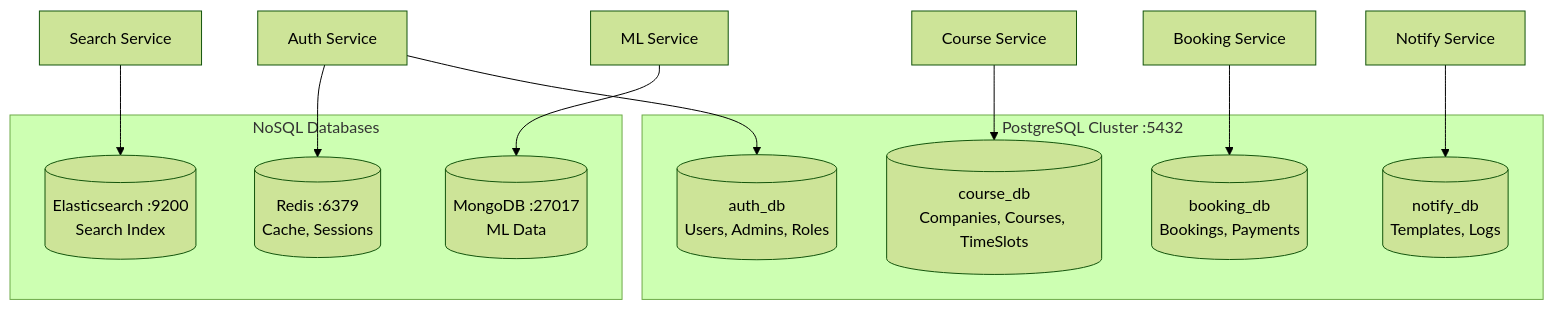
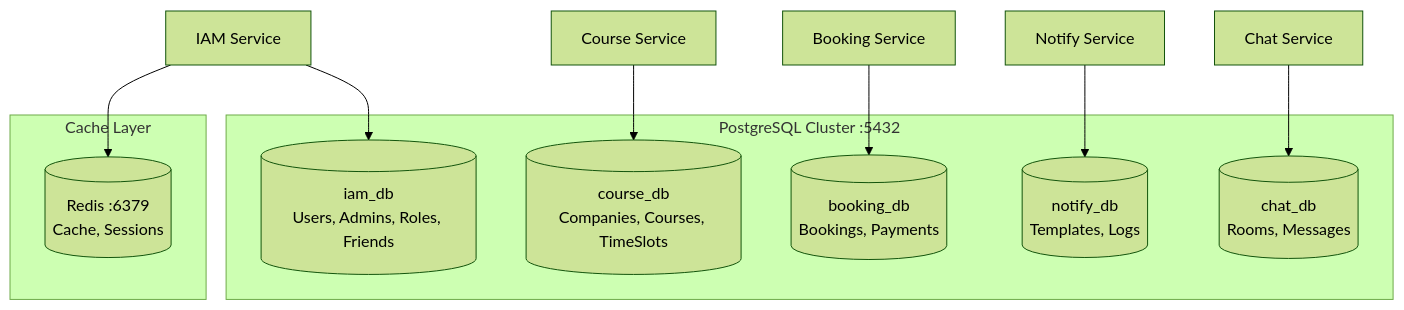
The sixth of 10 diagrams in docs/ARCHITECTURE.md (uniyous/parkgolf-platform), drawn with Mermaid (forest theme) before and after one commit. The commit also changed other lines of this file and 4 other files, not shown here.

````diff
--- a/docs/ARCHITECTURE.md
+++ b/docs/ARCHITECTURE.md
@@ -670,24 +797,22 @@
 ```mermaid
 graph TD
     subgraph "PostgreSQL Cluster :5432"
-        AUTH_DB[(auth_db<br/>Users, Admins, Roles)]
+        IAM_DB[(iam_db<br/>Users, Admins, Roles, Friends)]
         COURSE_DB[(course_db<br/>Companies, Courses, TimeSlots)]
         BOOKING_DB[(booking_db<br/>Bookings, Payments)]
         NOTIFY_DB[(notify_db<br/>Templates, Logs)]
+        CHAT_DB[(chat_db<br/>Rooms, Messages)]
     end
 
-    subgraph "NoSQL Databases"
+    subgraph "Cache Layer"
         REDIS[(Redis :6379<br/>Cache, Sessions)]
-        ES[(Elasticsearch :9200<br/>Search Index)]
-        MONGO[(MongoDB :27017<br/>ML Data)]
     end
 
-    AUTH[Auth Service] --> AUTH_DB
+    IAM[IAM Service] --> IAM_DB
     COURSE[Course Service] --> COURSE_DB
     BOOK[Booking Service] --> BOOKING_DB
     NOTIFY[Notify Service] --> NOTIFY_DB
-    
-    AUTH --> REDIS
-    SEARCH[Search Service] --> ES
-    ML[ML Service] --> MONGO
+    CHAT[Chat Service] --> CHAT_DB
+
+    IAM --> REDIS
 ```
````
